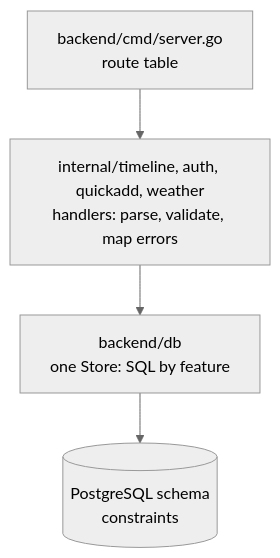
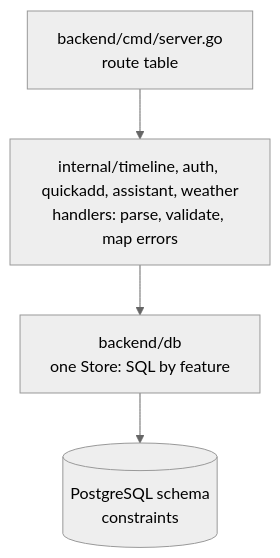
The second of 3 diagrams in docs/architecture.md (jonathan-skantz/jonska-calendar), drawn with Mermaid (neutral theme) before and after one commit. The commit also changed other lines of this file and 36 other files, not shown here.

````diff
--- a/docs/architecture.md
+++ b/docs/architecture.md
@@ -32,9 +32,9 @@
 ```mermaid
 flowchart TD
     Route["backend/cmd/server.go<br/>route table"]
-    Handler["internal/timeline, auth, quickadd, weather<br/>handlers: parse, validate, map errors"]
+    Handler["internal/timeline, auth, quickadd, assistant, weather<br/>handlers: parse, validate, map errors"]
     Store["backend/db<br/>one Store: SQL by feature"]
     Schema[("PostgreSQL schema<br/>constraints")]
 
     Route --> Handler --> Store --> Schema
 ```
````
